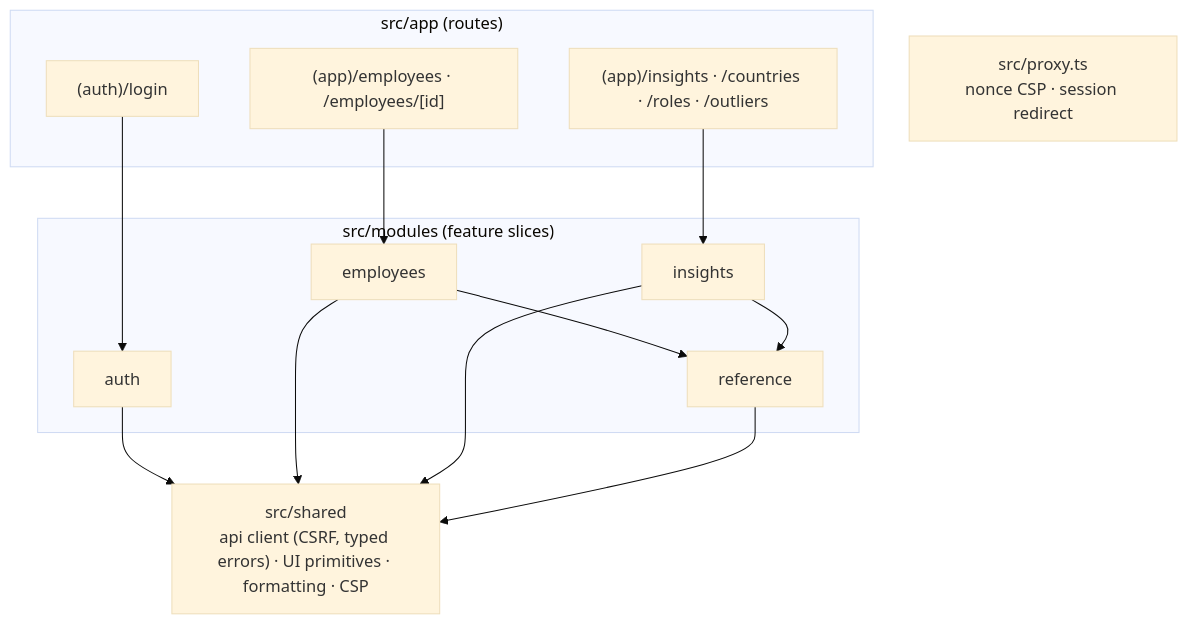
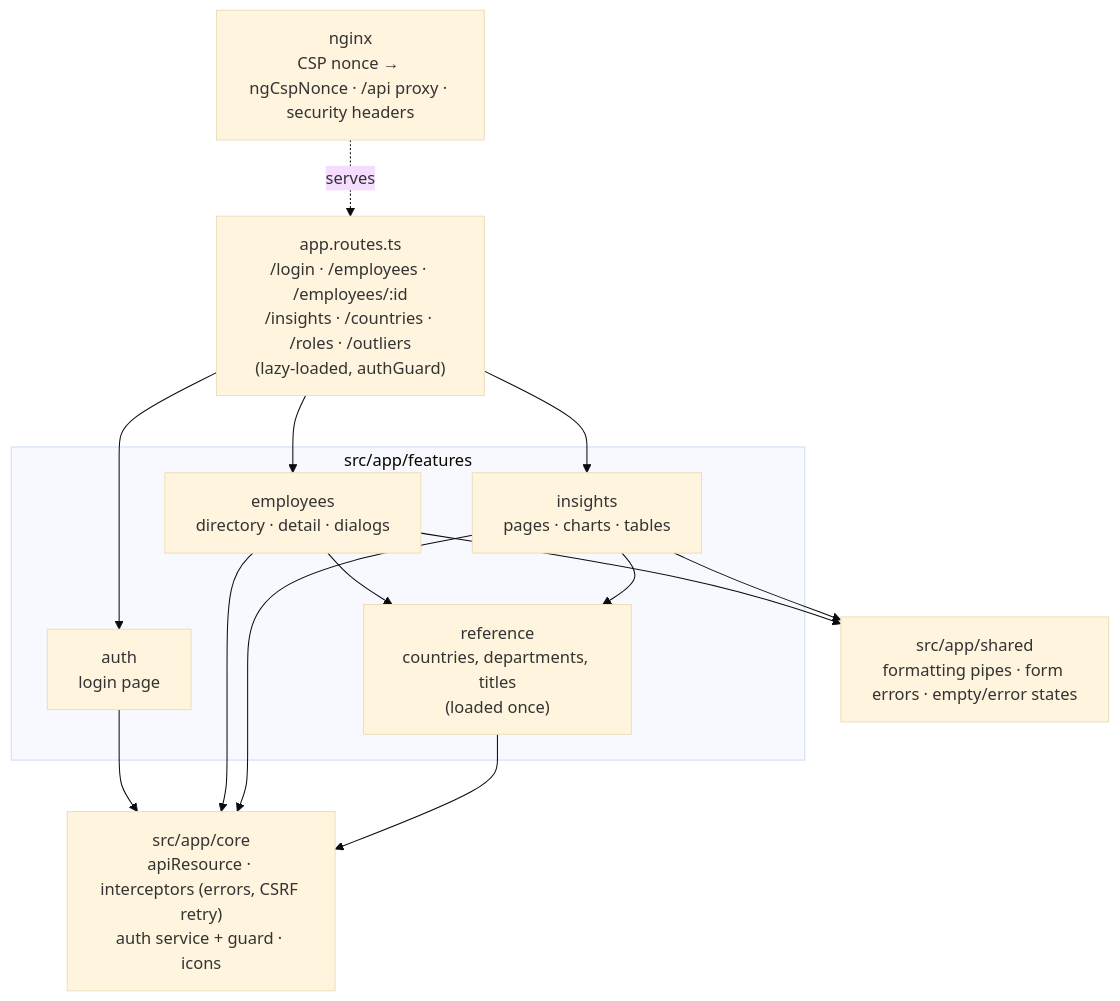
The sixth of 7 diagrams in docs/architecture.md (shankark6666/salary-mgmt), drawn with Mermaid (base theme) before and after one commit. The commit also changed other lines of this file and 17 other files, not shown here.

First line of the commit message:
Document the Angular UI: ADR-0007, architecture, security, release 2.0.0

````diff
--- a/docs/architecture.md
+++ b/docs/architecture.md
@@ -179,22 +181,19 @@
 ```mermaid
 flowchart TB
-    subgraph app["src/app (routes)"]
-        login["(auth)/login"]
-        emp["(app)/employees · /employees/[id]"]
-        ins["(app)/insights · /countries · /roles · /outliers"]
+    routes["app.routes.ts<br/>/login · /employees · /employees/:id<br/>/insights · /countries · /roles · /outliers<br/>(lazy-loaded, authGuard)"]
+    subgraph features["src/app/features"]
+        auth["auth<br/>login page"]
+        employees["employees<br/>directory · detail · dialogs"]
+        insightsF["insights<br/>pages · charts · tables"]
+        reference["reference<br/>countries, departments, titles<br/>(loaded once)"]
     end
-    subgraph modules["src/modules (feature slices)"]
-        auth["auth"]
-        employees["employees"]
-        insightsM["insights"]
-        reference["reference"]
-    end
-    shared["src/shared<br/>api client (CSRF, typed errors) · UI primitives · formatting · CSP"]
-    proxy["src/proxy.ts<br/>nonce CSP · session redirect"]
+    core["src/app/core<br/>apiResource · interceptors (errors, CSRF retry)<br/>auth service + guard · icons"]
+    shared["src/app/shared<br/>formatting pipes · form errors · empty/error states"]
+    nginx["nginx<br/>CSP nonce → ngCspNonce · /api proxy · security headers"]
 
-    login --> auth
-    emp --> employees
-    ins --> insightsM
-    employees & insightsM --> reference
-    auth & employees & insightsM & reference --> shared
+    routes --> auth & employees & insightsF
+    employees & insightsF --> reference
+    auth & employees & insightsF & reference --> core
+    employees & insightsF --> shared
+    nginx -. serves .-> routes
 ```
````
